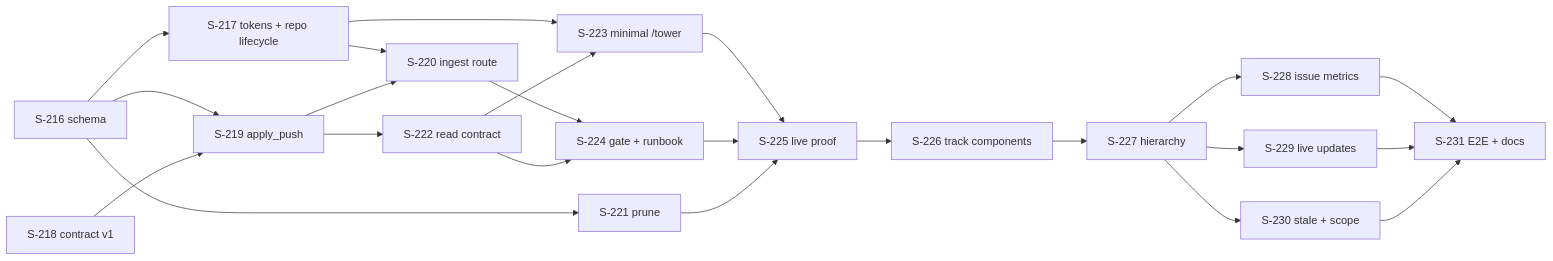
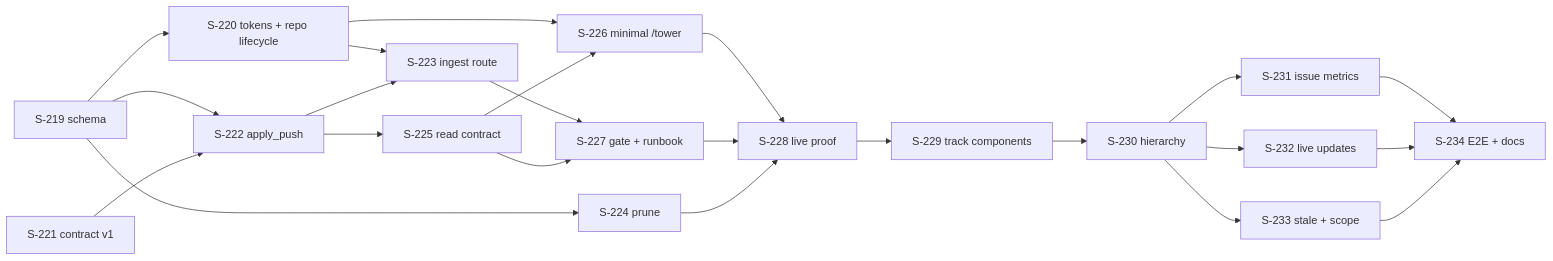
The diagram in workstream/user-stories-control-tower.md (llipe/dev-tasks-agent-fleet), drawn with Mermaid before and after one commit. The commit also changed other lines of this file and 4 other files, not shown here.

````diff
--- a/workstream/user-stories-control-tower.md
+++ b/workstream/user-stories-control-tower.md
@@ -25,25 +26,25 @@
 ```mermaid
 graph LR
-  S216[S-216 schema] --> S217[S-217 tokens + repo lifecycle]
-  S216 --> S219[S-219 apply_push]
-  S218[S-218 contract v1] --> S219
-  S217 --> S220[S-220 ingest route]
-  S219 --> S220
-  S216 --> S221[S-221 prune]
-  S219 --> S222[S-222 read contract]
-  S217 --> S223[S-223 minimal /tower]
+  S219[S-219 schema] --> S220[S-220 tokens + repo lifecycle]
+  S219 --> S222[S-222 apply_push]
+  S221[S-221 contract v1] --> S222
+  S220 --> S223[S-223 ingest route]
   S222 --> S223
-  S220 --> S224[S-224 gate + runbook]
-  S222 --> S224
-  S223 --> S225[S-225 live proof]
-  S224 --> S225
-  S221 --> S225
-  S225 --> S226[S-226 track components]
-  S226 --> S227[S-227 hierarchy]
-  S227 --> S228[S-228 issue metrics]
-  S227 --> S229[S-229 live updates]
-  S227 --> S230[S-230 stale + scope]
-  S228 --> S231[S-231 E2E + docs]
-  S229 --> S231
-  S230 --> S231
+  S219 --> S224[S-224 prune]
+  S222 --> S225[S-225 read contract]
+  S220 --> S226[S-226 minimal /tower]
+  S225 --> S226
+  S223 --> S227[S-227 gate + runbook]
+  S225 --> S227
+  S226 --> S228[S-228 live proof]
+  S227 --> S228
+  S224 --> S228
+  S228 --> S229[S-229 track components]
+  S229 --> S230[S-230 hierarchy]
+  S230 --> S231[S-231 issue metrics]
+  S230 --> S232[S-232 live updates]
+  S230 --> S233[S-233 stale + scope]
+  S231 --> S234[S-234 E2E + docs]
+  S232 --> S234
+  S233 --> S234
 ```
````
